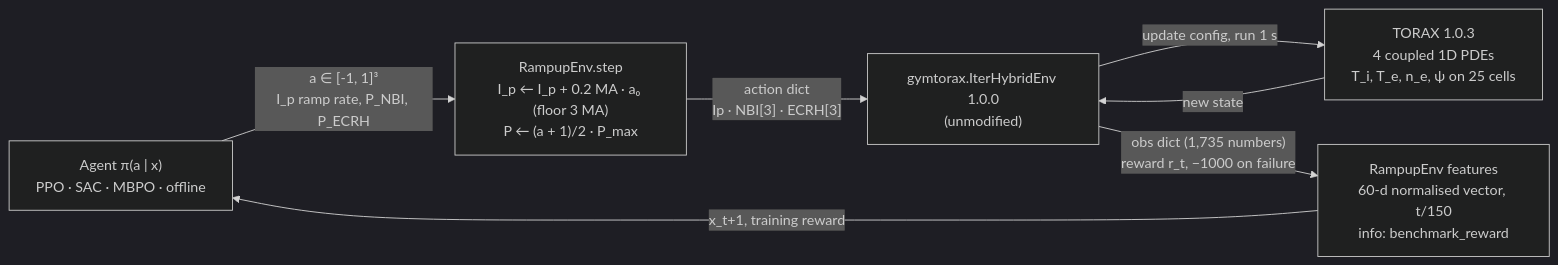
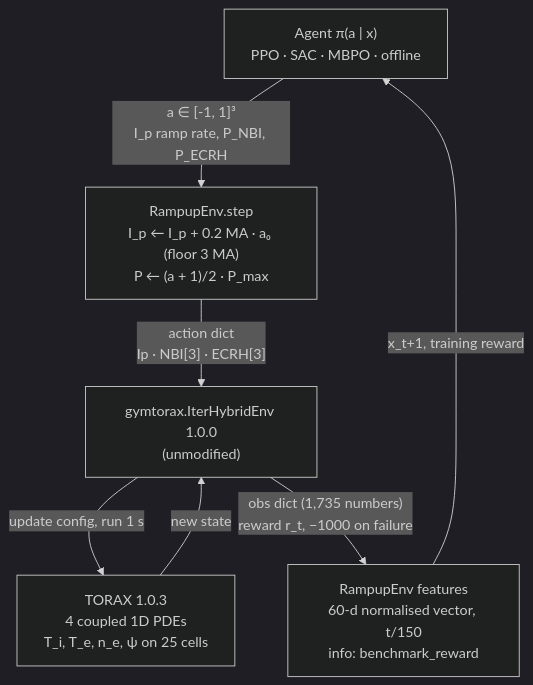
The diagram in docs/01-problem.md (leandergrech/rl-tokamak-rampup), drawn with Mermaid (dark theme) before and after one commit. The commit also changed 7 other files, not shown here.

````diff
--- a/docs/01-problem.md
+++ b/docs/01-problem.md
@@ -9,9 +9,9 @@
 ```mermaid
-flowchart LR
+flowchart TB
     A["Agent π(a | x)<br/>PPO · SAC · MBPO · offline"] -- "a ∈ [-1, 1]³<br/>I_p ramp rate, P_NBI, P_ECRH" --> W1["RampupEnv.step<br/>I_p ← I_p + 0.2 MA · a₀ (floor 3 MA)<br/>P ← (a + 1)/2 · P_max"]
     W1 -- "action dict<br/>Ip · NBI[3] · ECRH[3]" --> G["gymtorax.IterHybridEnv 1.0.0<br/>(unmodified)"]
     G -- "update config, run 1 s" --> T["TORAX 1.0.3<br/>4 coupled 1D PDEs<br/>T_i, T_e, n_e, ψ on 25 cells"]
     T -- "new state" --> G
     G -- "obs dict (1,735 numbers)<br/>reward r_t, −1000 on failure" --> W2["RampupEnv features<br/>60-d normalised vector, t/150<br/>info: benchmark_reward"]
     W2 -- "x_t+1, training reward" --> A
 ```
````
